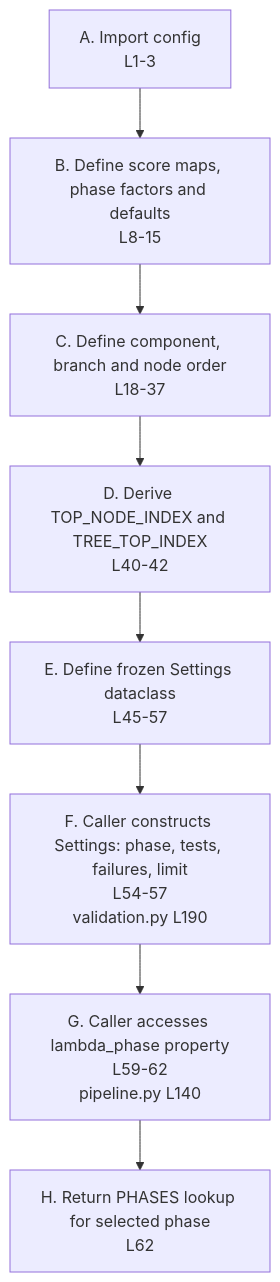
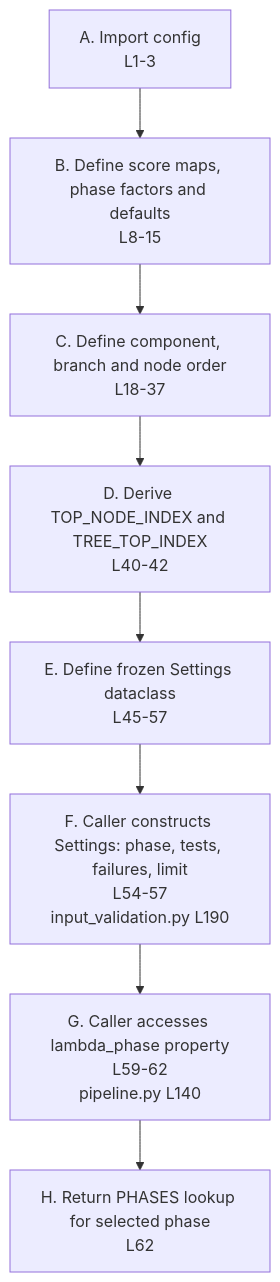
One commit to ykwang6126/Launch-Vehicle-Readiness-Estimation changed the fourth of 13 diagrams in src/source_code_flowcharts.md. Above: the diagram before and after it, drawn with Mermaid. The commit also changed other lines of this file and 22 other files, not shown here.

Commit message:
Rename input validation and consolidate CLI entry points

````diff
--- a/src/source_code_flowcharts.md
+++ b/src/source_code_flowcharts.md
@@ -209,18 +190,18 @@
 ```mermaid
 flowchart TD
     A["A. Import config<br/>L1-3"]
     B["B. Define score maps, phase factors and defaults<br/>L8-15"]
     C["C. Define component, branch and node order<br/>L18-37"]
     D["D. Derive TOP_NODE_INDEX and TREE_TOP_INDEX<br/>L40-42"]
     E["E. Define frozen Settings dataclass<br/>L45-57"]
-    F["F. Caller constructs Settings: phase, tests, failures, limit<br/>L54-57<br/>validation.py L190"]
+    F["F. Caller constructs Settings: phase, tests, failures, limit<br/>L54-57<br/>input_validation.py L190"]
     G["G. Caller accesses lambda_phase property<br/>L59-62<br/>pipeline.py L140"]
     H["H. Return PHASES lookup for selected phase<br/>L62"]
     A --> B
     B --> C
     C --> D
     D --> E
     E --> F
     F --> G
     G --> H
 ```
````
